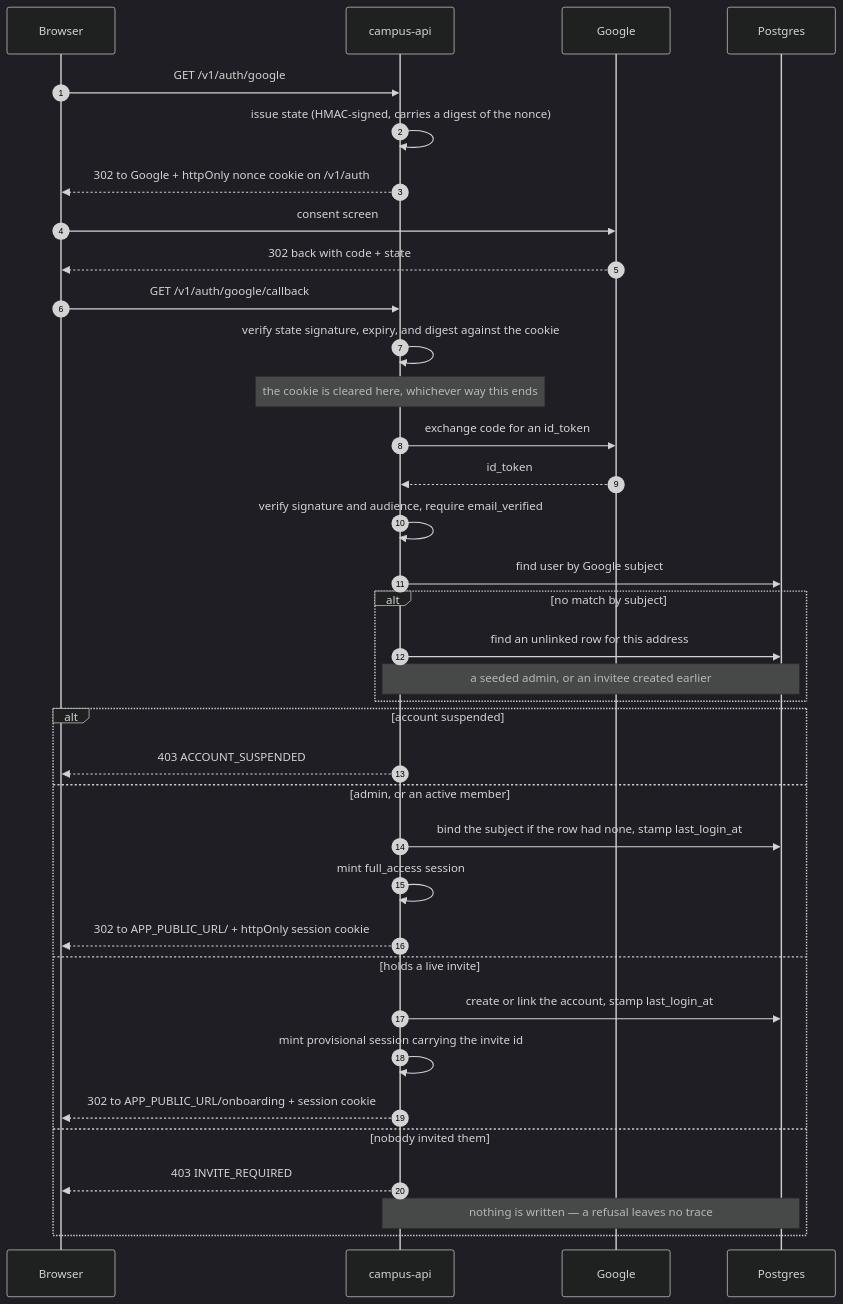
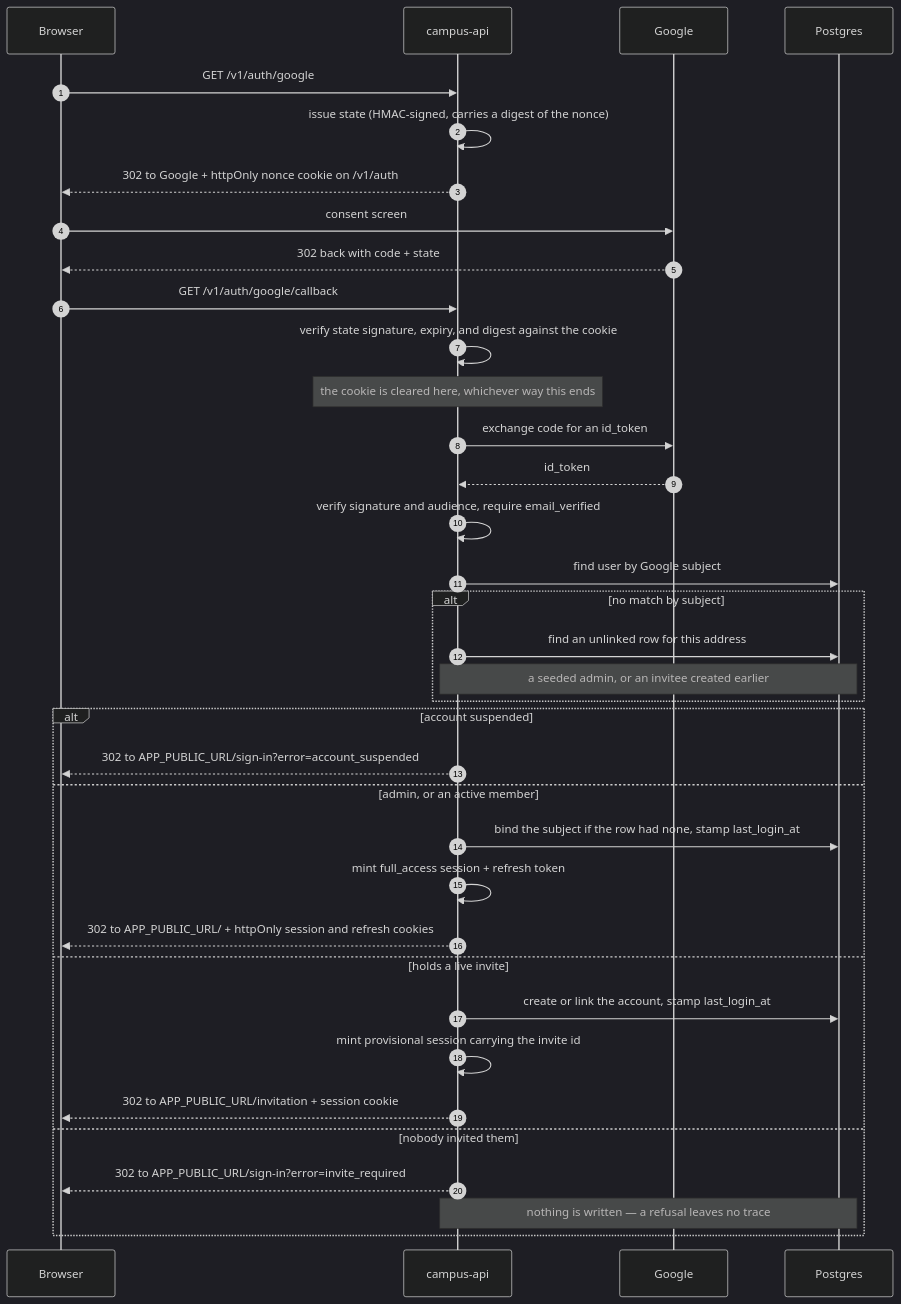
The first of 5 diagrams in docs/auth-flow.md (Risevestacademy/campus-server), drawn with Mermaid (dark theme) before and after one commit. The commit also changed other lines of this file and 6 other files, not shown here.

First line of the commit message:
docs: document the sign-in flow the web app builds against

````diff
--- a/docs/auth-flow.md
+++ b/docs/auth-flow.md
@@ -20,42 +24,42 @@
 ```mermaid
 sequenceDiagram
     autonumber
     participant B as Browser
     participant A as campus-api
     participant G as Google
     participant DB as Postgres
 
     B->>A: GET /v1/auth/google
     A->>A: issue state (HMAC-signed, carries a digest of the nonce)
     A-->>B: 302 to Google + httpOnly nonce cookie on /v1/auth
     B->>G: consent screen
     G-->>B: 302 back with code + state
     B->>A: GET /v1/auth/google/callback
 
     A->>A: verify state signature, expiry, and digest against the cookie
     Note over A: the cookie is cleared here, whichever way this ends
     A->>G: exchange code for an id_token
     G-->>A: id_token
     A->>A: verify signature and audience, require email_verified
 
     A->>DB: find user by Google subject
     alt no match by subject
         A->>DB: find an unlinked row for this address
         Note over A,DB: a seeded admin, or an invitee created earlier
     end
 
     alt account suspended
-        A-->>B: 403 ACCOUNT_SUSPENDED
+        A-->>B: 302 to APP_PUBLIC_URL/sign-in?error=account_suspended
     else admin, or an active member
         A->>DB: bind the subject if the row had none, stamp last_login_at
-        A->>A: mint full_access session
-        A-->>B: 302 to APP_PUBLIC_URL/ + httpOnly session cookie
+        A->>A: mint full_access session + refresh token
+        A-->>B: 302 to APP_PUBLIC_URL/ + httpOnly session and refresh cookies
     else holds a live invite
         A->>DB: create or link the account, stamp last_login_at
         A->>A: mint provisional session carrying the invite id
-        A-->>B: 302 to APP_PUBLIC_URL/onboarding + session cookie
+        A-->>B: 302 to APP_PUBLIC_URL/invitation + session cookie
     else nobody invited them
-        A-->>B: 403 INVITE_REQUIRED
+        A-->>B: 302 to APP_PUBLIC_URL/sign-in?error=invite_required
         Note over A,DB: nothing is written — a refusal leaves no trace
     end
 ```
````
